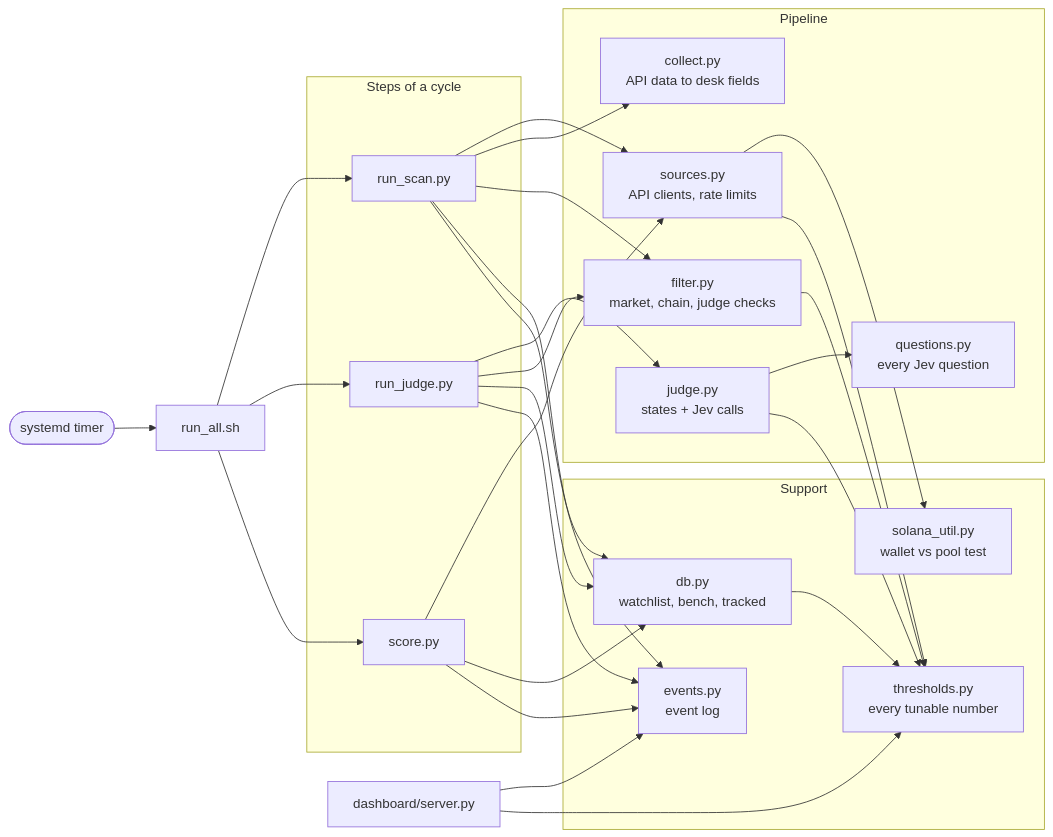
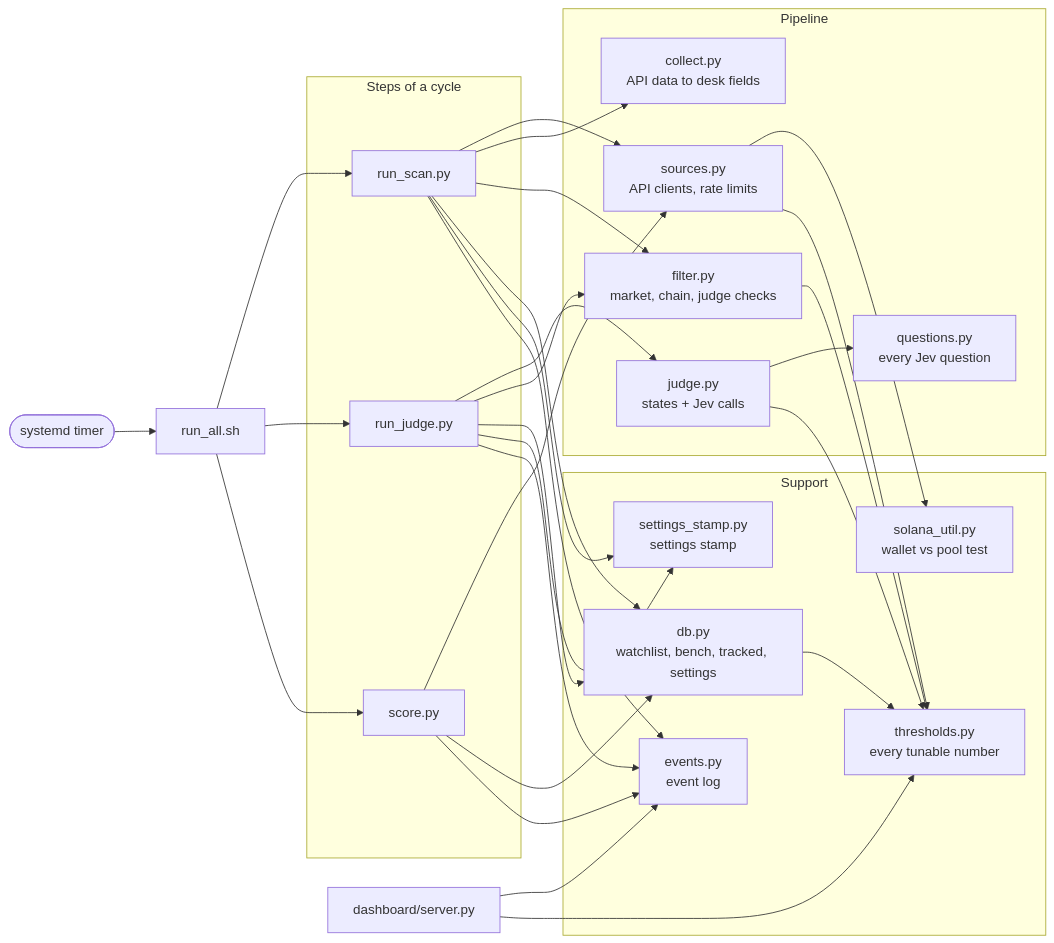
Before and after one commit to NickHammer/jev-desk: diagram 11 of 11 in ARCHITECTURE.md, drawn with Mermaid. The commit also changed other lines of this file and 14 other files, not shown here.

First line of the commit message:
Control group, gone checkpoints, settings stamp; dashboard as a service

````diff
--- a/ARCHITECTURE.md
+++ b/ARCHITECTURE.md
@@ -306,31 +331,33 @@
 ```mermaid
 flowchart LR
     subgraph entry["Steps of a cycle"]
         rs["run_scan.py"]
         rj["run_judge.py"]
         sc["score.py"]
     end
     subgraph core["Pipeline"]
         src["sources.py<br/>API clients, rate limits"]
         col["collect.py<br/>API data to desk fields"]
         fil["filter.py<br/>market, chain, judge checks"]
         jd["judge.py<br/>states + Jev calls"]
         qs["questions.py<br/>every Jev question"]
     end
     subgraph support["Support"]
         th["thresholds.py<br/>every tunable number"]
         ev2["events.py<br/>event log"]
-        db["db.py<br/>watchlist, bench, tracked"]
+        db["db.py<br/>watchlist, bench, tracked, settings"]
+        st["settings_stamp.py<br/>settings stamp"]
         su["solana_util.py<br/>wallet vs pool test"]
     end
     tm(["systemd timer"]) --> ra["run_all.sh"]
     ra --> rs & rj & sc
     rs --> src & col & fil & db
     rj --> jd & fil & db
     sc --> src & db
+    rs & rj --> st
     jd --> qs
     src --> su
     src & fil & db & jd --> th
     rs & rj & sc --> ev2
     ds["dashboard/server.py"] --> ev2 & th
 ```
````
